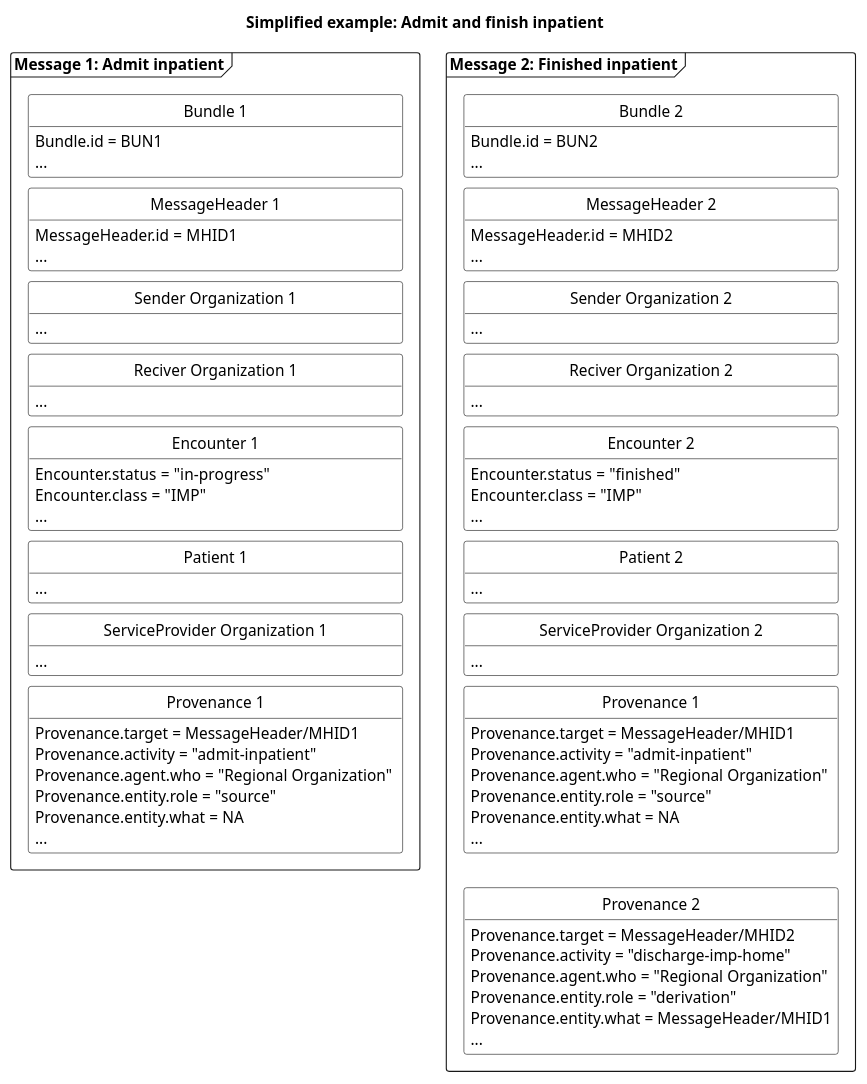
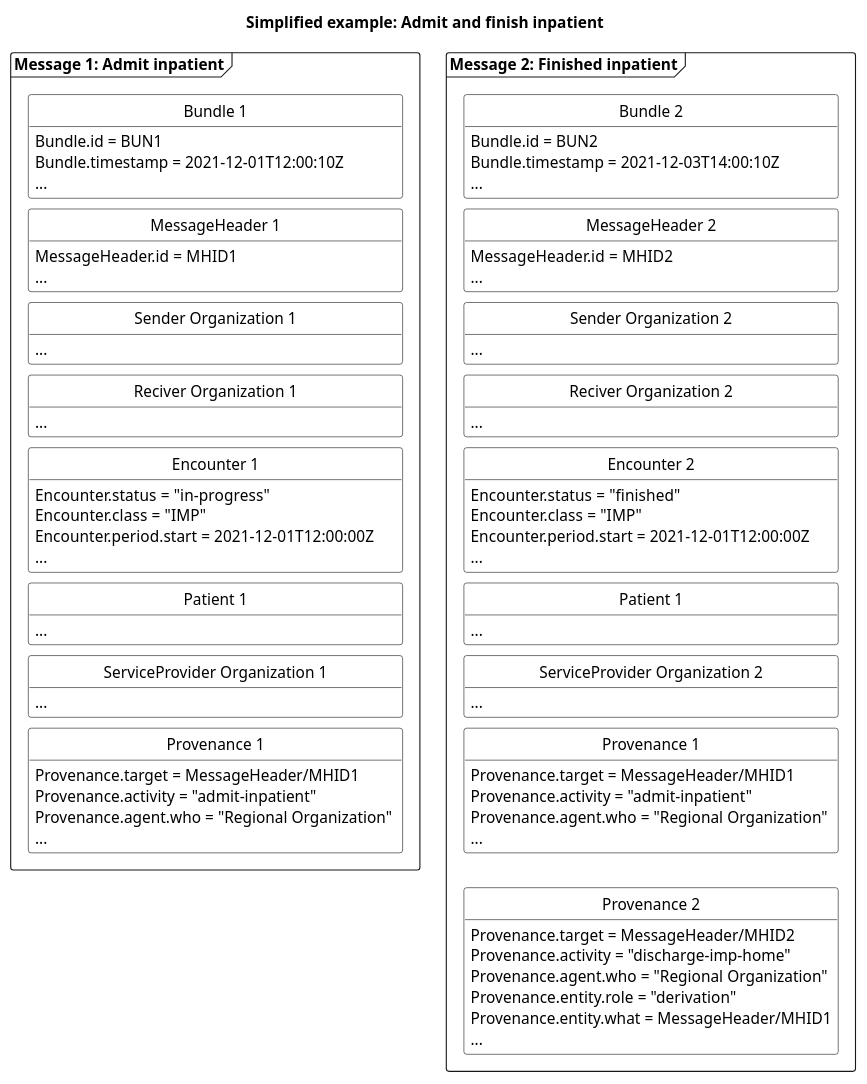
One commit to medcomdk/dk-medcom-hospitalnotification changed the diagram in puml/HospitalNotificationAdmitFinish.puml. Above: the diagram before and after it, drawn with PlantUML. The commit also changed 14 other files, not shown here.

```diff
--- a/puml/HospitalNotificationAdmitFinish.puml
+++ b/puml/HospitalNotificationAdmitFinish.puml
@@ -1,124 +1,124 @@
 @startuml HNAdmitFinish
 
 'layout
 skinparam class {
     BackgroundColor White
     BorderColor Black
     ArrowColor Black
   }
 hide circle
 hide empty members
 skinparam SameClassWidth true
 skinparam Ranksep 10
 
 
 'title
 title Simplified example: Admit and finish inpatient
 
 'Message 1: Admit inpatient
 package "Message 1: Admit inpatient" as admit <<Frame>>{
     class "Bundle 1" as admitB {
         Bundle.id = BUN1
+        Bundle.timestamp = 2021-12-01T12:00:10Z
         ...
     }
     class "MessageHeader 1" as admitMH{
         MessageHeader.id = MHID1
         ...
     }
     class "Sender Organization 1" as admitSOrg{
         ...
     }
     class "Reciver Organization 1" as admitROrg{
         ...
     }
     class "Encounter 1" as admitENC{
         Encounter.status = "in-progress"
         Encounter.class = "IMP"
+        Encounter.period.start = 2021-12-01T12:00:00Z
         ...
     }
     class "Patient 1" as admitPT{
         ...
     }
     class "ServiceProvider Organization 1" as admitSPOrg{
         ...
     }
     class "Provenance 1" as admitPRO{
         Provenance.target = MessageHeader/MHID1
         Provenance.activity = "admit-inpatient"
         Provenance.agent.who = "Regional Organization"
-        Provenance.entity.role = "source"
-        Provenance.entity.what = NA
         ...
     }
 
 admitB -[hidden]- admitMH
 admitMH -[hidden]- admitSOrg
 admitSOrg-[hidden]-admitROrg
 admitROrg-[hidden]-admitENC
 admitENC-[hidden]-admitPT
 admitPT-[hidden]-admitSPOrg
 admitSPOrg-[hidden]-admitPRO
 
 
 
 }
 
 'Message 2: Finished inpatient
 package "Message 2: Finished inpatient" as finished <<Frame>> {
     class "Bundle 2" as finishedB {
         Bundle.id = BUN2
+        Bundle.timestamp = 2021-12-03T14:00:10Z
         ...
     }
     class "MessageHeader 2" as finishedMH{
         MessageHeader.id = MHID2
         ...
     }
     class "Sender Organization 2" as finishedSOrg{
         ...
     }
     class "Reciver Organization 2" as finishedROrg{
         ...
     }
     class "Encounter 2" as finishedENC{
         Encounter.status = "finished"
         Encounter.class = "IMP"
+        Encounter.period.start = 2021-12-01T12:00:00Z
         ...
     }
-    class "Patient 2" as finishedPT{
+    class "Patient 1" as finishedPT{
         ...
     }
     class "ServiceProvider Organization 2" as finishedSPOrg{
         ...
     }
     class "Provenance 1" as admitfinishedPRO{
         Provenance.target = MessageHeader/MHID1
         Provenance.activity = "admit-inpatient"
         Provenance.agent.who = "Regional Organization"
-        Provenance.entity.role = "source"
-        Provenance.entity.what = NA
         ...
     }
     class "Provenance 2" as finishedPRO{
         Provenance.target = MessageHeader/MHID2
         Provenance.activity = "discharge-imp-home"
         Provenance.agent.who = "Regional Organization"
         Provenance.entity.role = "derivation"
         Provenance.entity.what = MessageHeader/MHID1
         ...
     }
 finishedB-[hidden]-finishedMH
 finishedMH-[hidden]-finishedSOrg
 finishedSOrg-[hidden]-finishedROrg
 finishedROrg-[hidden]-finishedENC
 finishedENC-[hidden]-finishedPT
 finishedPT-[hidden]-finishedSPOrg
 finishedSPOrg-[hidden]-admitfinishedPRO
 admitfinishedPRO-[hidden]-finishedPRO
 
 }
 
 ' pile mellem de to beskeder
 ' admit --> finished
 
 
 @enduml
```
